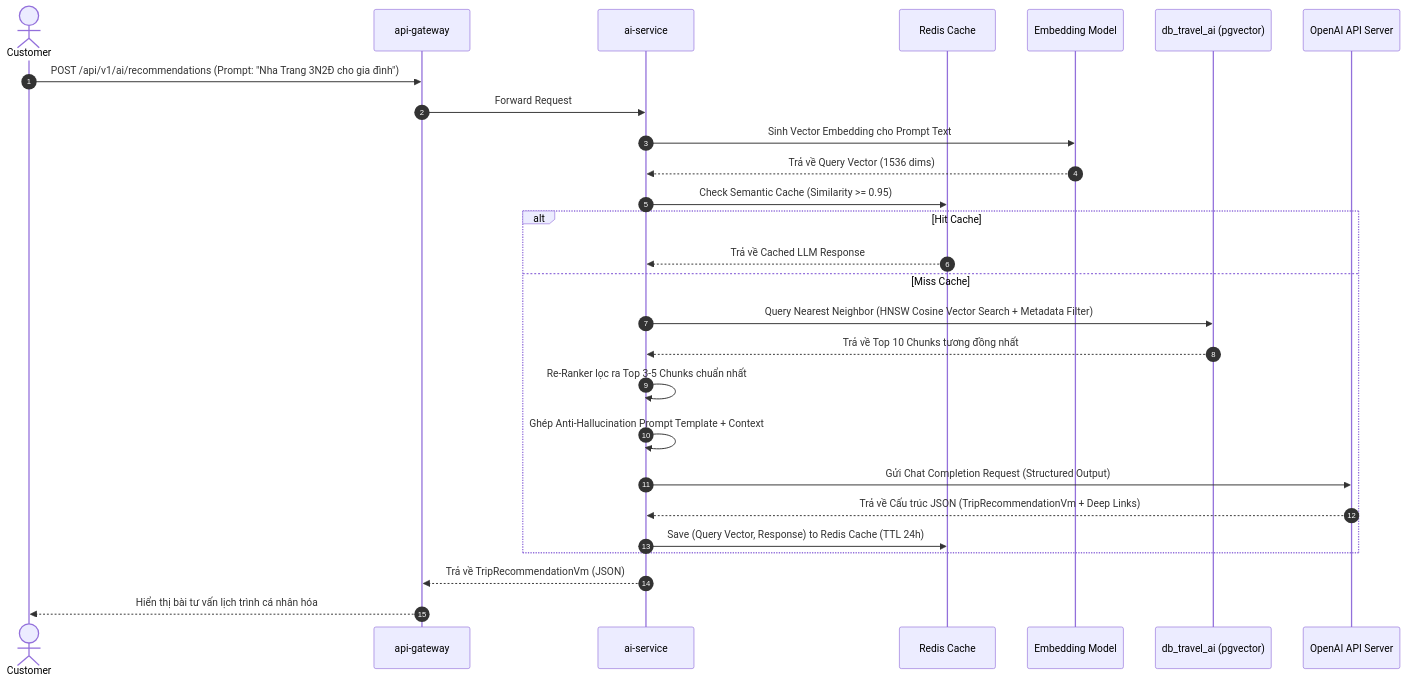
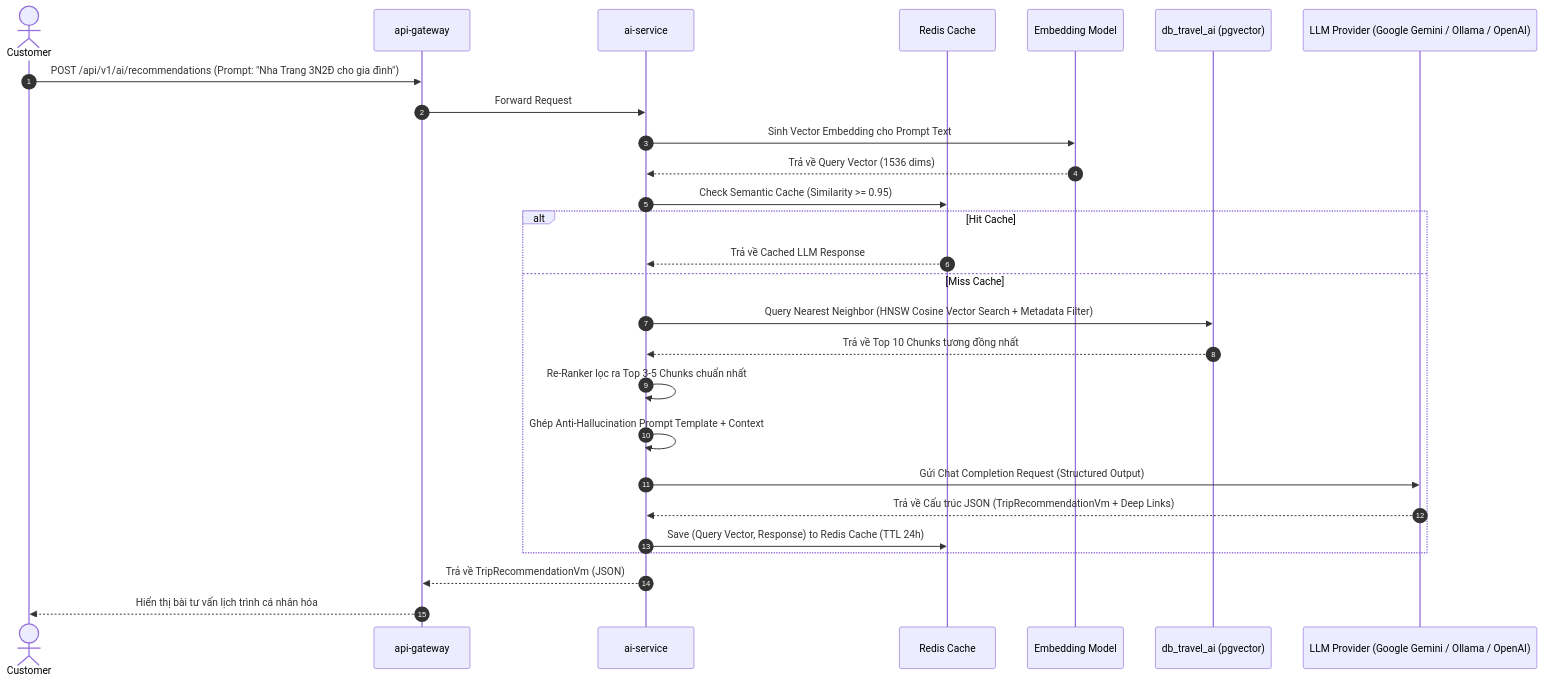
One commit to hoangdung25-na/Travel_Management changed the fifth of 5 diagrams in system_analysis_spec.md. Above: the diagram before and after it, drawn with Mermaid. The commit also changed other lines of this file and 341 other files, not shown here.

````diff
--- a/system_analysis_spec.md
+++ b/system_analysis_spec.md
@@ -349,32 +349,32 @@
 ```mermaid
 sequenceDiagram
     autonumber
     actor C as Customer
     participant GW as api-gateway
     participant AI as ai-service
     participant R as Redis Cache
     participant Emb as Embedding Model
     participant VDB as db_travel_ai (pgvector)
-    participant LLM as OpenAI API Server
+    participant LLM as LLM Provider (Google Gemini / Ollama / OpenAI)
 
     C->>GW: POST /api/v1/ai/recommendations (Prompt: "Nha Trang 3N2Đ cho gia đình")
     GW->>AI: Forward Request
     AI->>Emb: Sinh Vector Embedding cho Prompt Text
     Emb-->>AI: Trả về Query Vector (1536 dims)
     
     AI->>R: Check Semantic Cache (Similarity >= 0.95)
     alt Hit Cache
         R-->>AI: Trả về Cached LLM Response
     else Miss Cache
         AI->>VDB: Query Nearest Neighbor (HNSW Cosine Vector Search + Metadata Filter)
         VDB-->>AI: Trả về Top 10 Chunks tương đồng nhất
         AI->>AI: Re-Ranker lọc ra Top 3-5 Chunks chuẩn nhất
         AI->>AI: Ghép Anti-Hallucination Prompt Template + Context
         AI->>LLM: Gửi Chat Completion Request (Structured Output)
         LLM-->>AI: Trả về Cấu trúc JSON (TripRecommendationVm + Deep Links)
         AI->>R: Save (Query Vector, Response) to Redis Cache (TTL 24h)
     end
 
     AI-->>GW: Trả về TripRecommendationVm (JSON)
     GW-->>C: Hiển thị bài tư vấn lịch trình cá nhân hóa
 ```
````
